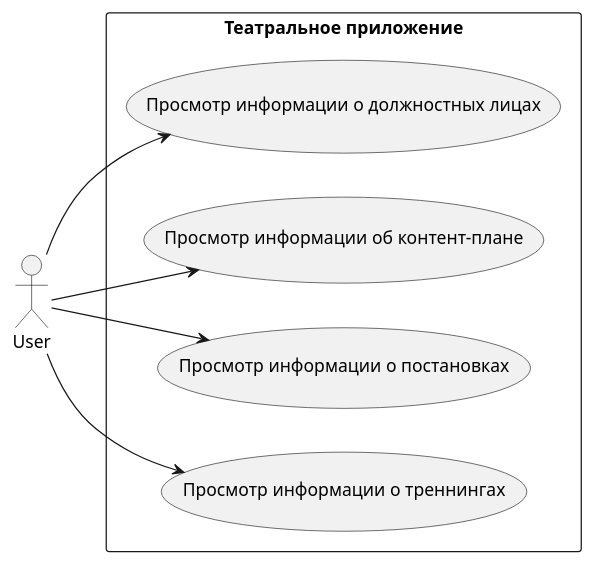
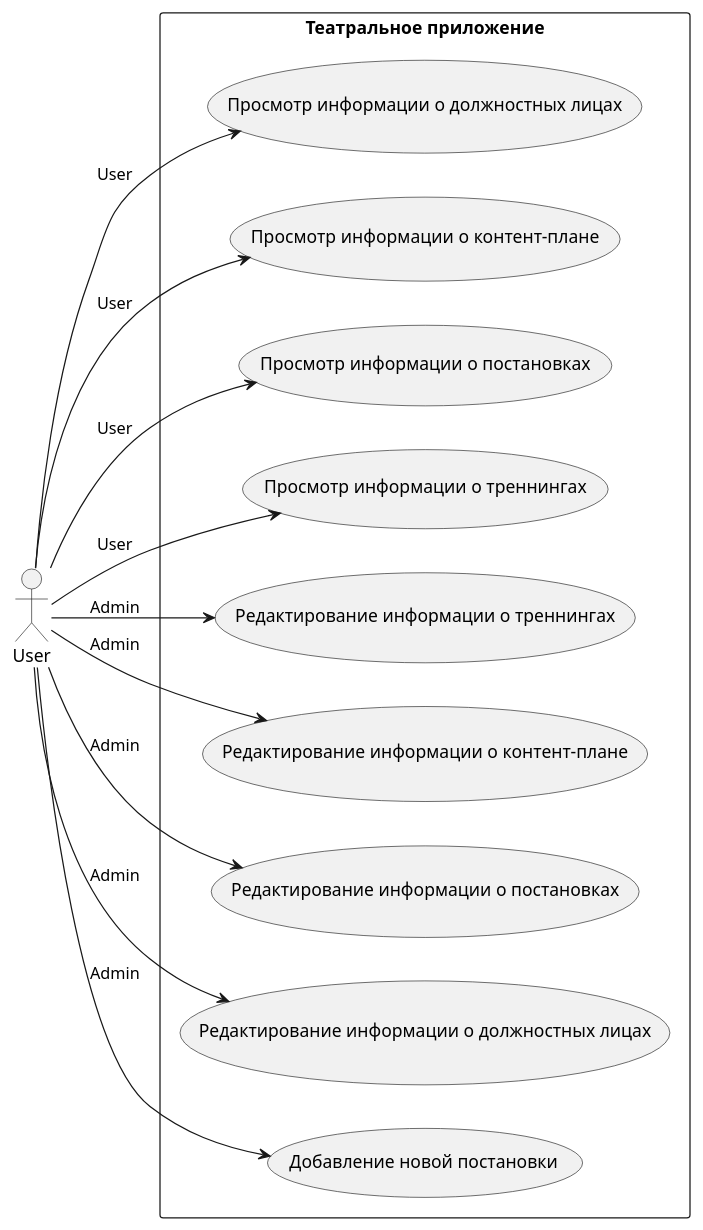
Before and after one commit to sinseiwas/PROspekt_bot: the diagram in docs/diagrams/information.puml, drawn with PlantUML. The commit also changed 9 other files, not shown here.

```diff
--- a/docs/diagrams/information.puml
+++ b/docs/diagrams/information.puml
@@ -1,14 +1,24 @@
 @startuml
 left to right direction
 actor User as U
 rectangle "Театральное приложение" {
     usecase "Просмотр информации о должностных лицах" as A
-    usecase "Просмотр информации об контент-плане" as B
+    usecase "Просмотр информации о контент-плане" as B
     usecase "Просмотр информации о постановках" as C
     usecase "Просмотр информации о треннингах" as D
-    U --> (A)
-    U --> (B)
-    U --> (C)
-    U --> (D)
+    usecase "Редактирование информации о треннингах" as E
+    usecase "Редактирование информации о контент-плане" as F
+    usecase "Редактирование информации о постановках" as G
+    usecase "Редактирование информации о должностных лицах" as H
+    usecase "Добавление новой постановки" as I
+    U --> A : «User»
+    U --> B : «User»
+    U --> C : «User»
+    U --> D : «User»
+    U --> E : «Admin»
+    U --> F : «Admin»
+    U --> G : «Admin»
+    U --> H : «Admin»
+    U --> I : «Admin»
 }
 @enduml
```
